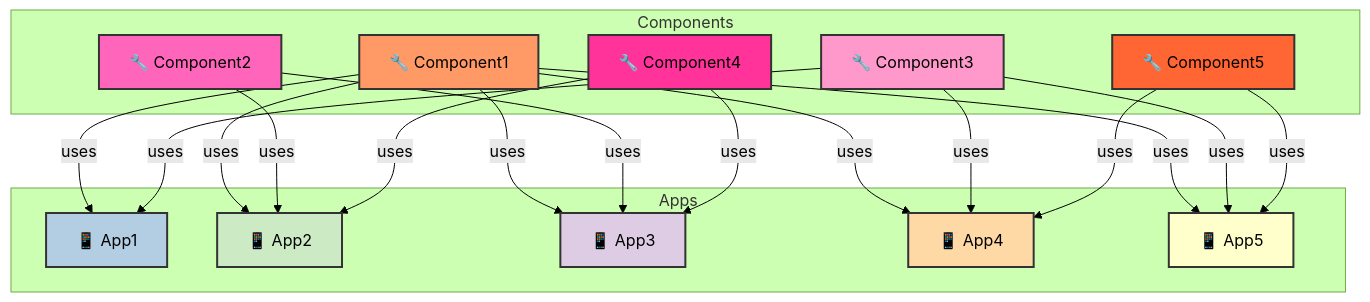
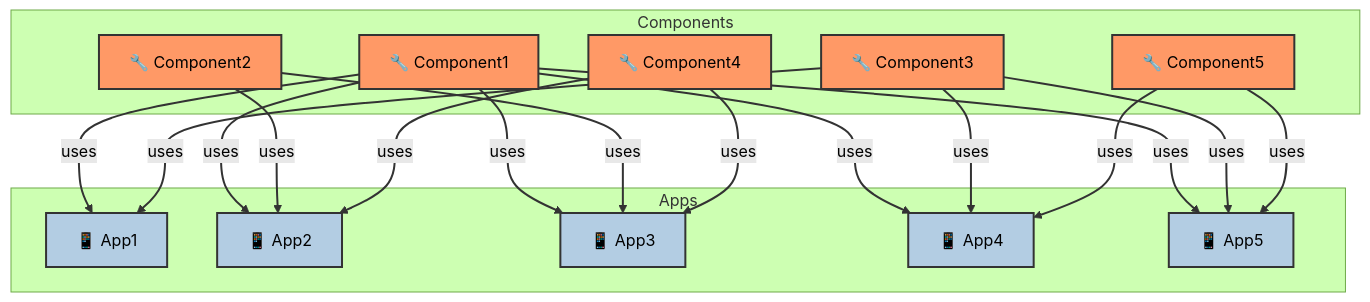
Before and after one commit to tavisca-gkochar/gkochar-tavisca.com: the first of 3 diagrams in testdependency.md, drawn with Mermaid (forest theme). The commit also changed other lines of this file, not shown here.

````diff
--- a/testdependency.md
+++ b/testdependency.md
@@ -5,48 +5,42 @@
 ```mermaid
 graph TD;
     %% Define subgraph Components
     subgraph Components
         C1[🔧 Component1]
         C2[🔧 Component2]
         C3[🔧 Component3]
         C4[🔧 Component4]
         C5[🔧 Component5]
     end
 
     subgraph Apps
         A1[📱 App1]
         A2[📱 App2]
         A3[📱 App3]
         A4[📱 App4]
         A5[📱 App5]
     end
 
     %% Define relationships
     C1 -->|uses| A1;
     C1 -->|uses| A2;
     C1 -->|uses| A3;
     C1 -->|uses| A4;
     C1 -->|uses| A5;
     C2 -->|uses| A2;
     C2 -->|uses| A3;
     C3 -->|uses| A1;
     C3 -->|uses| A4;
     C3 -->|uses| A5;
     C4 -->|uses| A2;
     C4 -->|uses| A3;
     C5 -->|uses| A4;
     C5 -->|uses| A5;
 
-    %% Adding styles and theming
-    style C1 fill:#f96,stroke:#333,stroke-width:2px;
-    style C2 fill:#f6b,stroke:#333,stroke-width:2px;
-    style C3 fill:#f9c,stroke:#333,stroke-width:2px;
-    style C4 fill:#f39,stroke:#333,stroke-width:2px;
-    style C5 fill:#f63,stroke:#333,stroke-width:2px;
-
-    style A1 fill:#b3cde3,stroke:#333,stroke-width:2px;
-    style A2 fill:#ccebc5,stroke:#333,stroke-width:2px;
-    style A3 fill:#decbe4,stroke:#333,stroke-width:2px;
-    style A4 fill:#fed9a6,stroke:#333,stroke-width:2px;
-    style A5 fill:#ffffcc,stroke:#333,stroke-width:2px;
+    %% Styling nodes and edges
+    classDef component fill:#f96,stroke:#333,stroke-width:2px;
+    classDef app fill:#b3cde3,stroke:#333,stroke-width:2px;
+    class C1,C2,C3,C4,C5 component;
+    class A1,A2,A3,A4,A5 app;
+    linkStyle default stroke:#333,stroke-width:2px;
 ```
````
